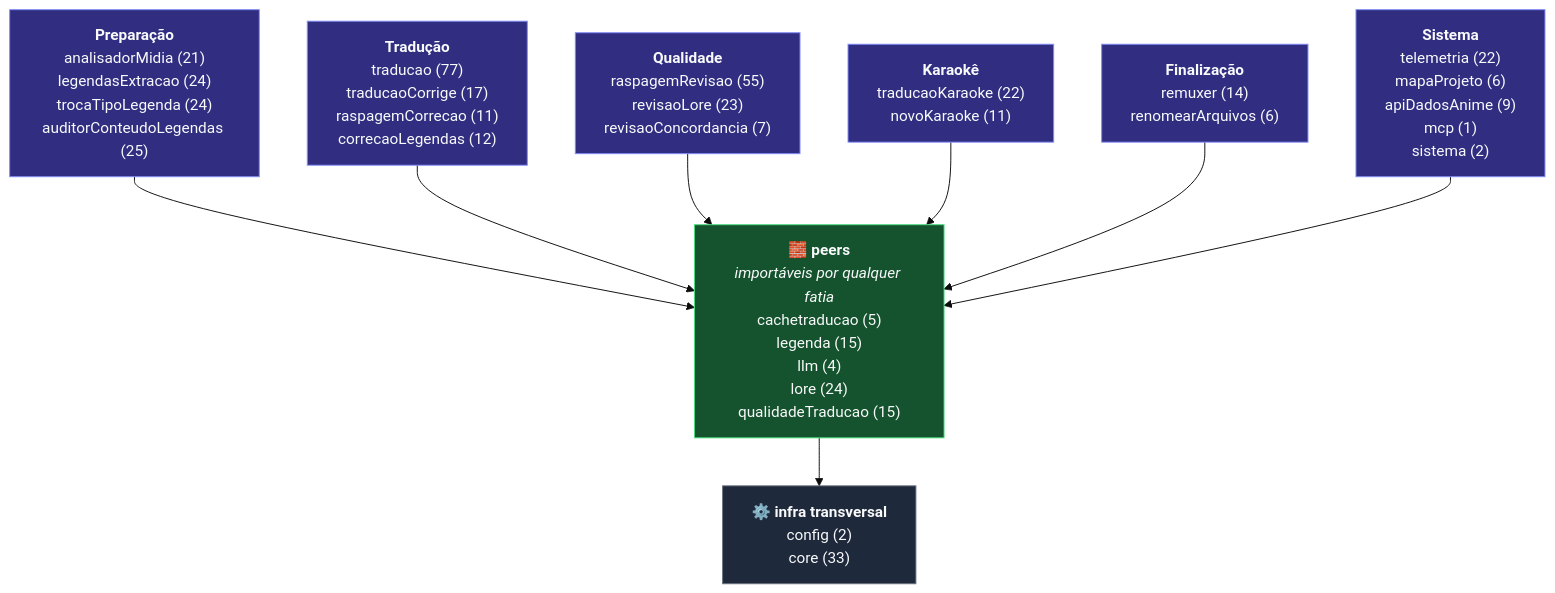
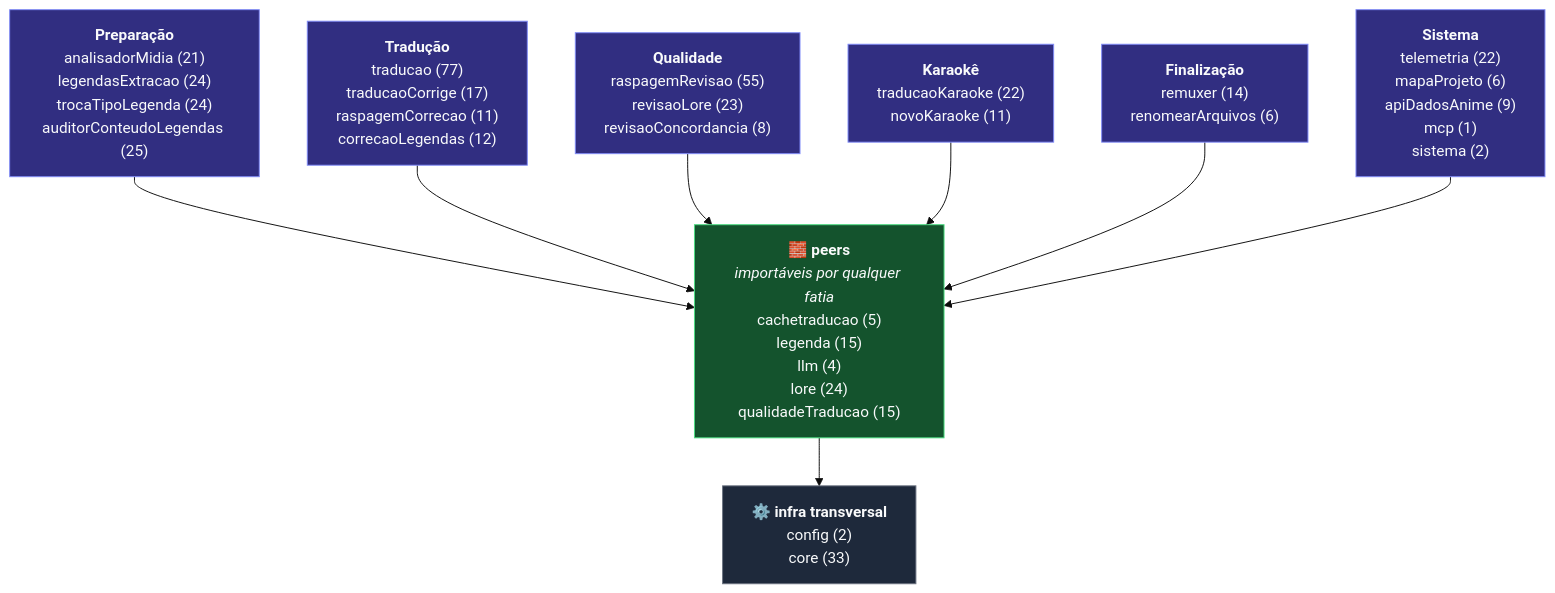
One commit to carmipa/traducao_animes_llm_local_quarkus-1 changed the diagram in docs/ref-esqueleto-projeto.md. Above: the diagram before and after it, drawn with Mermaid (base theme). The commit also changed other lines of this file and 5 other files, not shown here.

````diff
--- a/docs/ref-esqueleto-projeto.md
+++ b/docs/ref-esqueleto-projeto.md
@@ -36,21 +36,21 @@
 ```mermaid
 graph TB
     G0["<b>Preparação</b><br/>analisadorMidia (21)<br/>legendasExtracao (24)<br/>trocaTipoLegenda (24)<br/>auditorConteudoLegendas (25)"]:::fatia
     G1["<b>Tradução</b><br/>traducao (77)<br/>traducaoCorrige (17)<br/>raspagemCorrecao (11)<br/>correcaoLegendas (12)"]:::fatia
-    G2["<b>Qualidade</b><br/>raspagemRevisao (55)<br/>revisaoLore (23)<br/>revisaoConcordancia (7)"]:::fatia
+    G2["<b>Qualidade</b><br/>raspagemRevisao (55)<br/>revisaoLore (23)<br/>revisaoConcordancia (8)"]:::fatia
     G3["<b>Karaokê</b><br/>traducaoKaraoke (22)<br/>novoKaraoke (11)"]:::fatia
     G4["<b>Finalização</b><br/>remuxer (14)<br/>renomearArquivos (6)"]:::fatia
     G5["<b>Sistema</b><br/>telemetria (22)<br/>mapaProjeto (6)<br/>apiDadosAnime (9)<br/>mcp (1)<br/>sistema (2)"]:::fatia
     PEERS["<b>🧱 peers</b><br/><i>importáveis por qualquer fatia</i><br/>cachetraducao (5)<br/>legenda (15)<br/>llm (4)<br/>lore (24)<br/>qualidadeTraducao (15)"]:::peer
     BASE["<b>⚙️ infra transversal</b><br/>config (2)<br/>core (33)"]:::base
     G0 --> PEERS
     G1 --> PEERS
     G2 --> PEERS
     G3 --> PEERS
     G4 --> PEERS
     G5 --> PEERS
     PEERS --> BASE
     classDef fatia fill:#312e81,stroke:#818CF8,color:#F9FAFB
     classDef peer fill:#14532d,stroke:#4ADE80,color:#F9FAFB
     classDef base fill:#1e293b,stroke:#6B7280,color:#F9FAFB
 ```
````
